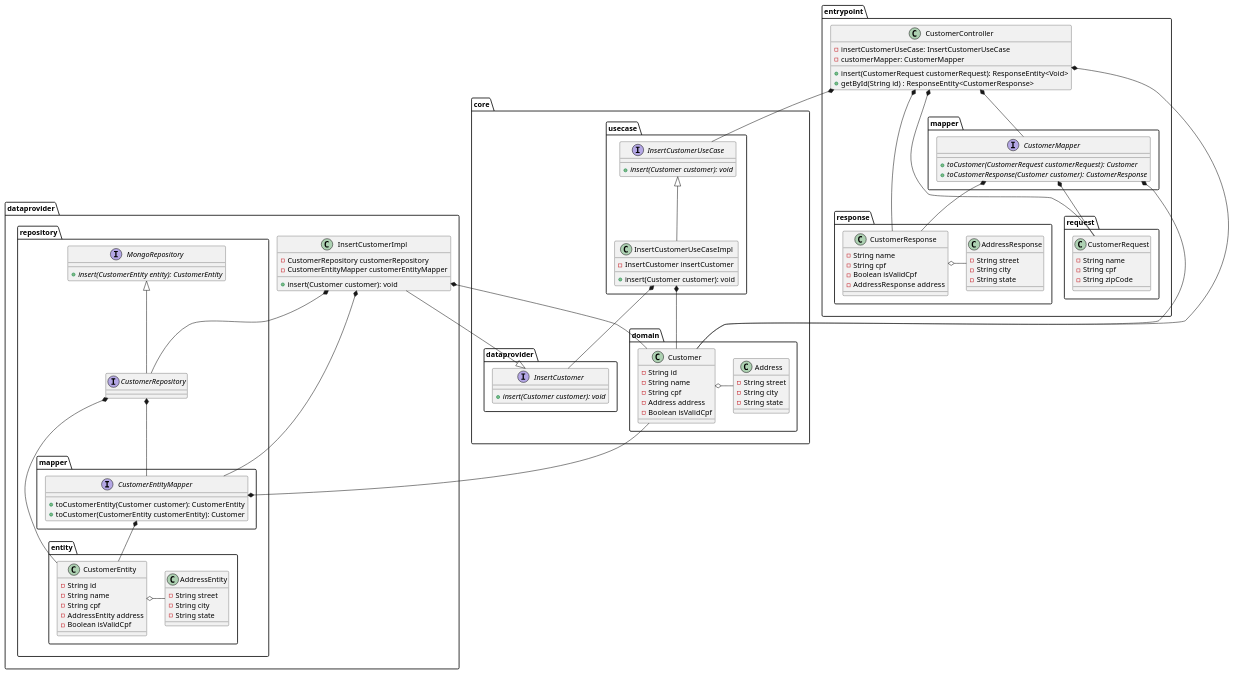
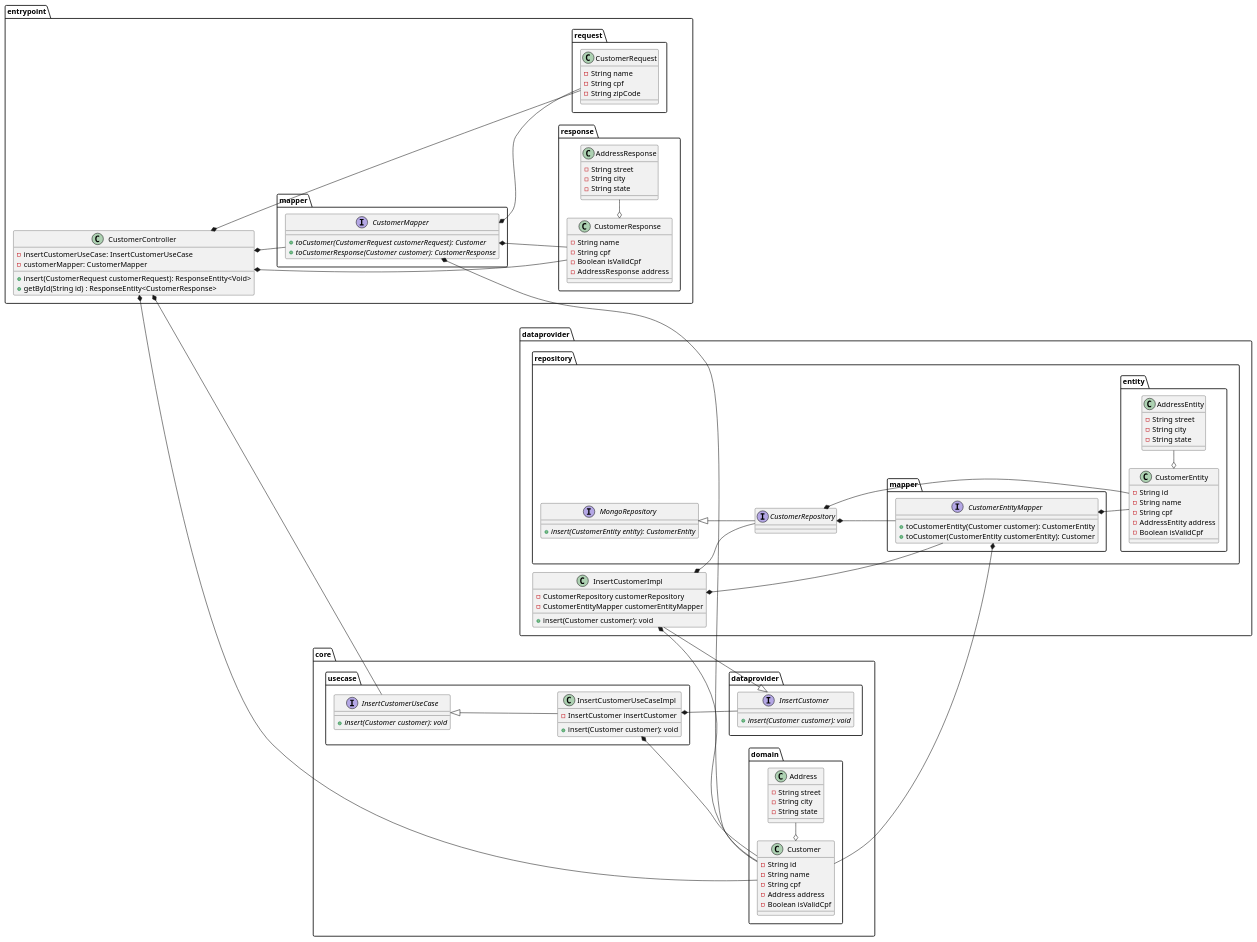
One commit to alcantaraafonso/cleanarch changed the diagram in class.puml. Above: the diagram before and after it, drawn with PlantUML. The commit also changed 2 other files, not shown here.

Commit message:
Adding class diagram

```diff
--- a/class.puml
+++ b/class.puml
@@ -1,135 +1,146 @@
 @startuml
-package "core" {
-    package "domain" {
-        class Customer {
-            - String id
-            - String name
-            - String cpf
-            - Address address
-            - Boolean isValidCpf
+' -----------------------------------------------------
+'skinparam defaultTextAlignment center
+skinparam groupInheritance 2
+' -----------------------------------------------------
+'bottom to top direction
+left to right direction
+together {
+    package dataprovider {
+        class InsertCustomerImpl {
+            - CustomerRepository customerRepository
+            - CustomerEntityMapper customerEntityMapper
+            + insert(Customer customer): void
         }
 
-        class Address {
-            - String street
-            - String city
-            - String state
+        package repository {
+            interface CustomerRepository {
+            }
+
+            interface MongoRepository {
+                {abstract} + insert(CustomerEntity entity): CustomerEntity
+            }
+            package entity {
+                class CustomerEntity {
+                - String id
+                    - String name
+                    - String cpf
+                    - AddressEntity address
+                    - Boolean isValidCpf
+                }
+
+                class AddressEntity {
+                    - String street
+                    - String city
+                    - String state
+                }
+            }
+            package mapper {
+                interface CustomerEntityMapper {
+                    + toCustomerEntity(Customer customer): CustomerEntity
+                    + toCustomer(CustomerEntity customerEntity): Customer
+                }
+            }
         }
     }
-    package "usecase" {
-        interface InsertCustomerUseCase {
-            {abstract} + insert(Customer customer): void
-        }
-
-        class InsertCustomerUseCaseImpl {
-            - InsertCustomer insertCustomer
-            + insert(Customer customer): void
-
-        }
-    }
-    package "dataprovider" {
-        interface InsertCustomer {
-            {abstract} + insert(Customer customer): void
-        }
-    }
-}
-package "dataprovider" {
-    class InsertCustomerImpl {
-        - CustomerRepository customerRepository
-        - CustomerEntityMapper customerEntityMapper
-        + insert(Customer customer): void
-    }
-
-    package "repository" {
-        interface CustomerRepository {
-        }
-
-        interface MongoRepository {
-            {abstract} + insert(CustomerEntity entity): CustomerEntity
-        }
-        package "entity" {
-            class CustomerEntity {
-            - String id
+    package core {
+        package domain {
+            class Customer {
+                - String id
                 - String name
                 - String cpf
-                - AddressEntity address
+                - Address address
                 - Boolean isValidCpf
             }
 
-            class AddressEntity {
+            class Address {
                 - String street
                 - String city
                 - String state
             }
         }
-        package "mapper" {
-            interface CustomerEntityMapper {
-                + toCustomerEntity(Customer customer): CustomerEntity
-                + toCustomer(CustomerEntity customerEntity): Customer
+        package usecase {
+            interface InsertCustomerUseCase {
+                {abstract} + insert(Customer customer): void
+            }
+
+            class InsertCustomerUseCaseImpl {
+                - InsertCustomer insertCustomer
+                + insert(Customer customer): void
+
+            }
+        }
+        package dataprovider {
+            interface InsertCustomer {
+                {abstract} + insert(Customer customer): void
             }
         }
     }
+
 }
-package "entrypoint" {
+package entrypoint {
     class CustomerController {
         - insertCustomerUseCase: InsertCustomerUseCase
         - customerMapper: CustomerMapper
         + insert(CustomerRequest customerRequest): ResponseEntity<Void>
         + getById(String id) : ResponseEntity<CustomerResponse>
     }
-    package "request" {
+    package request {
         class CustomerRequest {
             - String name
             - String cpf
             - String zipCode
         }
     }
-    package "mapper" {
+    package mapper {
         interface CustomerMapper {
             {abstract} + toCustomer(CustomerRequest customerRequest): Customer
             {abstract} + toCustomerResponse(Customer customer): CustomerResponse
         }
     }
-    package "response" {
+    package response {
         class CustomerResponse {
             - String name
             - String cpf
             - Boolean isValidCpf
             - AddressResponse  address
         }
         class AddressResponse {
             - String street
             - String city
             - String state
         }
     }
 }
 
 InsertCustomerUseCase <|-- InsertCustomerUseCaseImpl
 InsertCustomer <|-- InsertCustomerImpl
 MongoRepository <|-- CustomerRepository
 
 InsertCustomerImpl *-- CustomerRepository
 InsertCustomerImpl *-- CustomerEntityMapper
 InsertCustomerImpl *-- Customer
 CustomerEntityMapper *-- Customer
 CustomerEntityMapper *-- CustomerEntity
 CustomerMapper *-- Customer
 CustomerMapper *-- CustomerResponse
 CustomerMapper *-- CustomerRequest
 
 CustomerRepository *-- CustomerEntityMapper
 CustomerRepository *-- CustomerEntity
 
 InsertCustomerUseCaseImpl *-- Customer
 InsertCustomerUseCaseImpl *-- InsertCustomer
 
 CustomerController *-- InsertCustomerUseCase
 CustomerController *-- CustomerMapper
 CustomerController *-- CustomerRequest
 CustomerController *-- CustomerResponse
 CustomerController *-- Customer
 CustomerResponse o- AddressResponse
 
 CustomerEntity o- AddressEntity
 Customer o- Address
+
+'Web --> CustomerController
 @enduml
```
